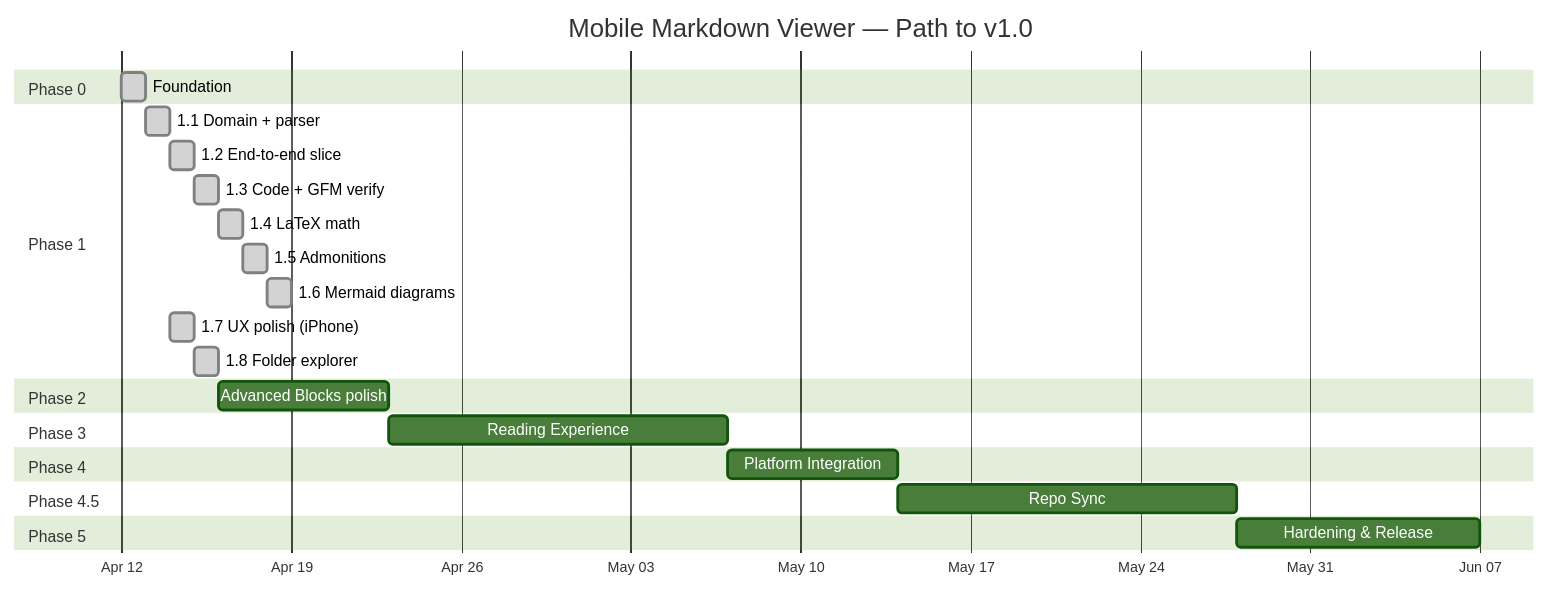
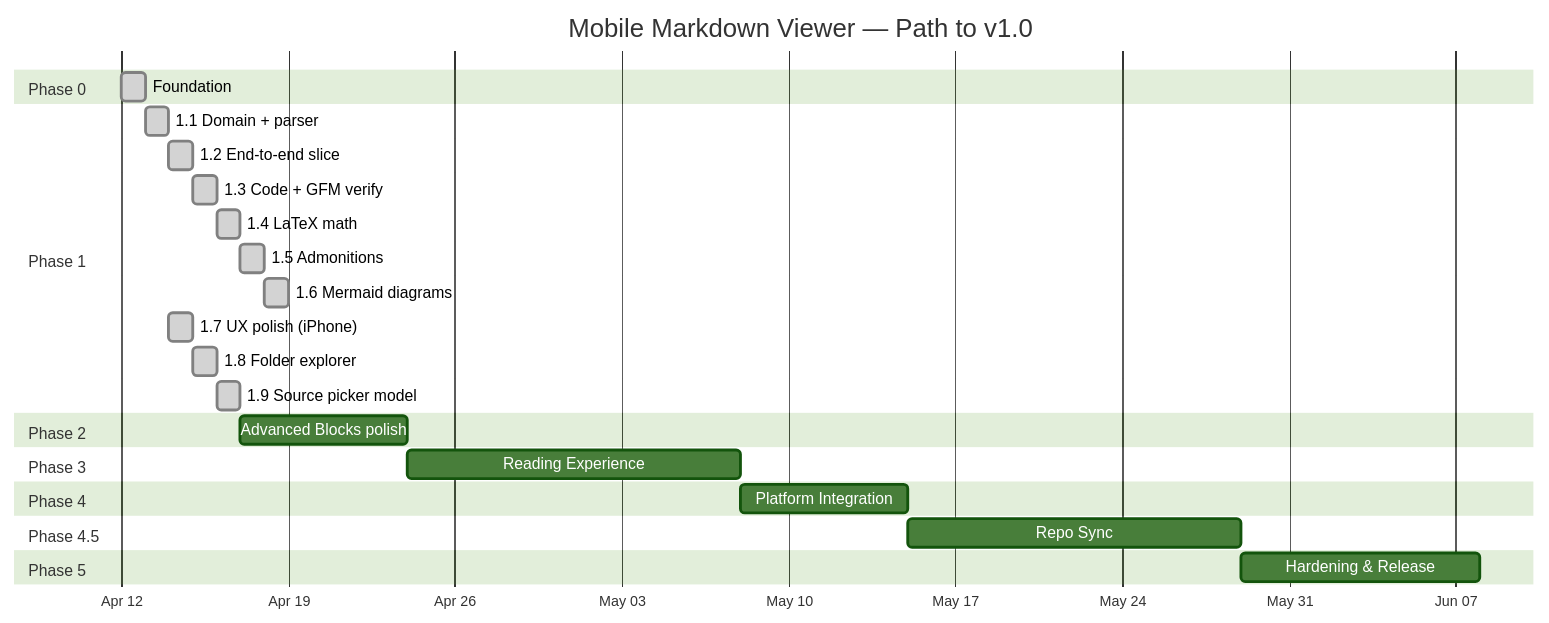
The diagram in docs/roadmap.md (cemililik/markdown-viewer-mobile), drawn with Mermaid (forest theme) before and after one commit. The commit also changed other lines of this file and 18 other files, not shown here.

````diff
--- a/docs/roadmap.md
+++ b/docs/roadmap.md
@@ -8,34 +8,35 @@
 ```mermaid
 gantt
     title Mobile Markdown Viewer — Path to v1.0
     dateFormat  YYYY-MM-DD
     axisFormat  %b %d
 
     section Phase 0
     Foundation               :done, p0, 2026-04-12, 1d
 
     section Phase 1
     1.1 Domain + parser      :done, p11, 2026-04-13, 1d
     1.2 End-to-end slice     :done, p12, after p11, 1d
     1.3 Code + GFM verify    :done, p13, after p12, 1d
     1.4 LaTeX math           :done, p14, after p13, 1d
     1.5 Admonitions          :done, p15, after p14, 1d
     1.6 Mermaid diagrams     :done, p16, after p15, 1d
     1.7 UX polish (iPhone)   :done, p17, 2026-04-14, 1d
     1.8 Folder explorer      :done, p18, after p17, 1d
+    1.9 Source picker model  :done, p19, after p18, 1d
 
     section Phase 2
-    Advanced Blocks polish   :p2, after p18, 7d
+    Advanced Blocks polish   :p2, after p19, 7d
 
     section Phase 3
     Reading Experience       :p3, after p2, 14d
 
     section Phase 4
     Platform Integration     :p4, after p3, 7d
 
     section Phase 4.5
     Repo Sync                :p45, after p4, 14d
 
     section Phase 5
     Hardening & Release      :p5, after p45, 10d
 ```
````
